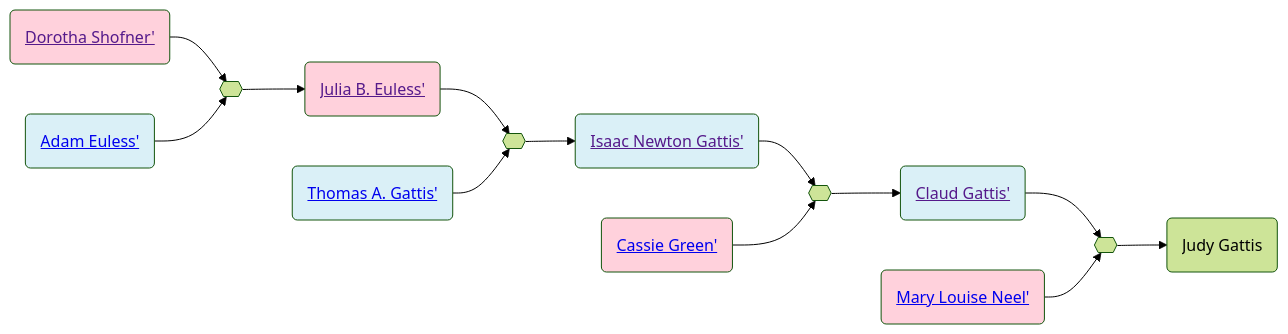
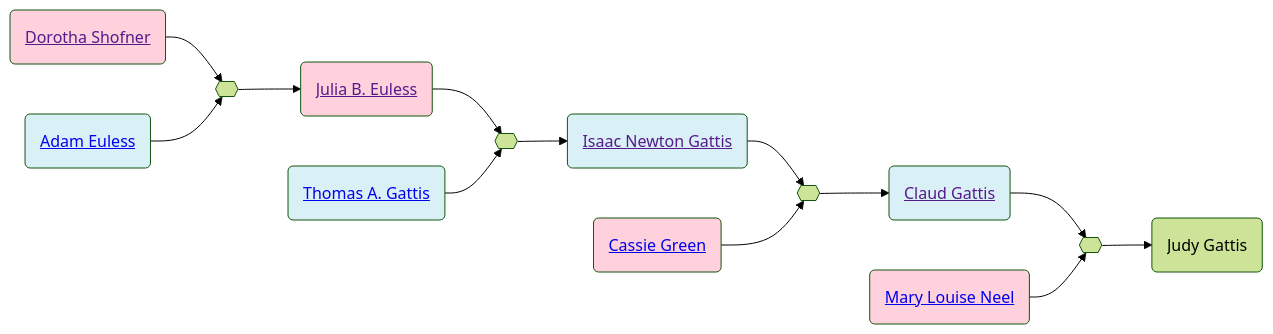
The diagram in familyhistory/sources/people/Gattis-line/Euless-line/Dorotha_Shofner.qmd (neelsmith/avocational), drawn with Mermaid (forest theme) before and after one commit. The commit also changed 96 other files, not shown here.

````diff
--- a/familyhistory/sources/people/Gattis-line/Euless-line/Dorotha_Shofner.qmd
+++ b/familyhistory/sources/people/Gattis-line/Euless-line/Dorotha_Shofner.qmd
@@ -26,32 +26,32 @@
 ```{mermaid}
 graph LR
 %% LR descendant diagram
 class Dorotha_Shofner_and_Adam_Euless marriage
-Dorotha_Shofner(<a href=''>Dorotha Shofner'</>) --> Dorotha_Shofner_and_Adam_Euless{{ }}
-Adam_Euless(<a href='./Adam_Euless.html'>Adam Euless'</>) --> Dorotha_Shofner_and_Adam_Euless{{ }}
+Dorotha_Shofner(<a href=''>Dorotha Shofner</a>) --> Dorotha_Shofner_and_Adam_Euless{{ }}
+Adam_Euless(<a href='./Adam_Euless.html'>Adam Euless</a>) --> Dorotha_Shofner_and_Adam_Euless{{ }}
 class Adam_Euless father
 class Dorotha_Shofner mother
-Dorotha_Shofner_and_Adam_Euless{{ }} --> Julia_B._Euless(<a href='./Julia_B._Euless.html'>Julia B. Euless'</>)
+Dorotha_Shofner_and_Adam_Euless{{ }} --> Julia_B._Euless(<a href='./Julia_B._Euless.html'>Julia B. Euless</a>)
 class Julia_B._Euless_and_Thomas_A._Gattis marriage
-Julia_B._Euless(<a href=''>Julia B. Euless'</>) --> Julia_B._Euless_and_Thomas_A._Gattis{{ }}
-Thomas_A._Gattis(<a href='./../Thomas_A._Gattis.html'>Thomas A. Gattis'</>) --> Julia_B._Euless_and_Thomas_A._Gattis{{ }}
+Julia_B._Euless(<a href=''>Julia B. Euless</a>) --> Julia_B._Euless_and_Thomas_A._Gattis{{ }}
+Thomas_A._Gattis(<a href='./../Thomas_A._Gattis.html'>Thomas A. Gattis</a>) --> Julia_B._Euless_and_Thomas_A._Gattis{{ }}
 class Thomas_A._Gattis father
 class Julia_B._Euless mother
-Julia_B._Euless_and_Thomas_A._Gattis{{ }} --> Isaac_Newton_Gattis(<a href='./../Isaac_Newton_Gattis.html'>Isaac Newton Gattis'</>)
+Julia_B._Euless_and_Thomas_A._Gattis{{ }} --> Isaac_Newton_Gattis(<a href='./../Isaac_Newton_Gattis.html'>Isaac Newton Gattis</a>)
 class Isaac_Newton_Gattis_and_Cassie_Green marriage
-Isaac_Newton_Gattis(<a href=''>Isaac Newton Gattis'</>) --> Isaac_Newton_Gattis_and_Cassie_Green{{ }}
-Cassie_Green(<a href='./Green-line/Cassie_Green.html'>Cassie Green'</>) --> Isaac_Newton_Gattis_and_Cassie_Green{{ }}
+Isaac_Newton_Gattis(<a href=''>Isaac Newton Gattis</a>) --> Isaac_Newton_Gattis_and_Cassie_Green{{ }}
+Cassie_Green(<a href='./Green-line/Cassie_Green.html'>Cassie Green</a>) --> Isaac_Newton_Gattis_and_Cassie_Green{{ }}
 class Isaac_Newton_Gattis father
 class Cassie_Green mother
-Isaac_Newton_Gattis_and_Cassie_Green{{ }} --> Claud_Gattis(<a href='./Claud_Gattis.html'>Claud Gattis'</>)
+Isaac_Newton_Gattis_and_Cassie_Green{{ }} --> Claud_Gattis(<a href='./Claud_Gattis.html'>Claud Gattis</a>)
 class Claud_Gattis_and_Mary_Louise_Neel marriage
-Claud_Gattis(<a href=''>Claud Gattis'</>) --> Claud_Gattis_and_Mary_Louise_Neel{{ }}
-Mary_Louise_Neel(<a href='./../Neel-line/Mary_Louise_Neel.html'>Mary Louise Neel'</>) --> Claud_Gattis_and_Mary_Louise_Neel{{ }}
+Claud_Gattis(<a href=''>Claud Gattis</a>) --> Claud_Gattis_and_Mary_Louise_Neel{{ }}
+Mary_Louise_Neel(<a href='./../Neel-line/Mary_Louise_Neel.html'>Mary Louise Neel</a>) --> Claud_Gattis_and_Mary_Louise_Neel{{ }}
 class Claud_Gattis father
 class Mary_Louise_Neel mother
 Claud_Gattis_and_Mary_Louise_Neel{{ }} --> Judy_Gattis(Judy Gattis)
 classDef mother fill:#ffd1dc
 classDef father fill:#daf0f7  
 classDef marriage fill:#ffffff
 
 ```
````
